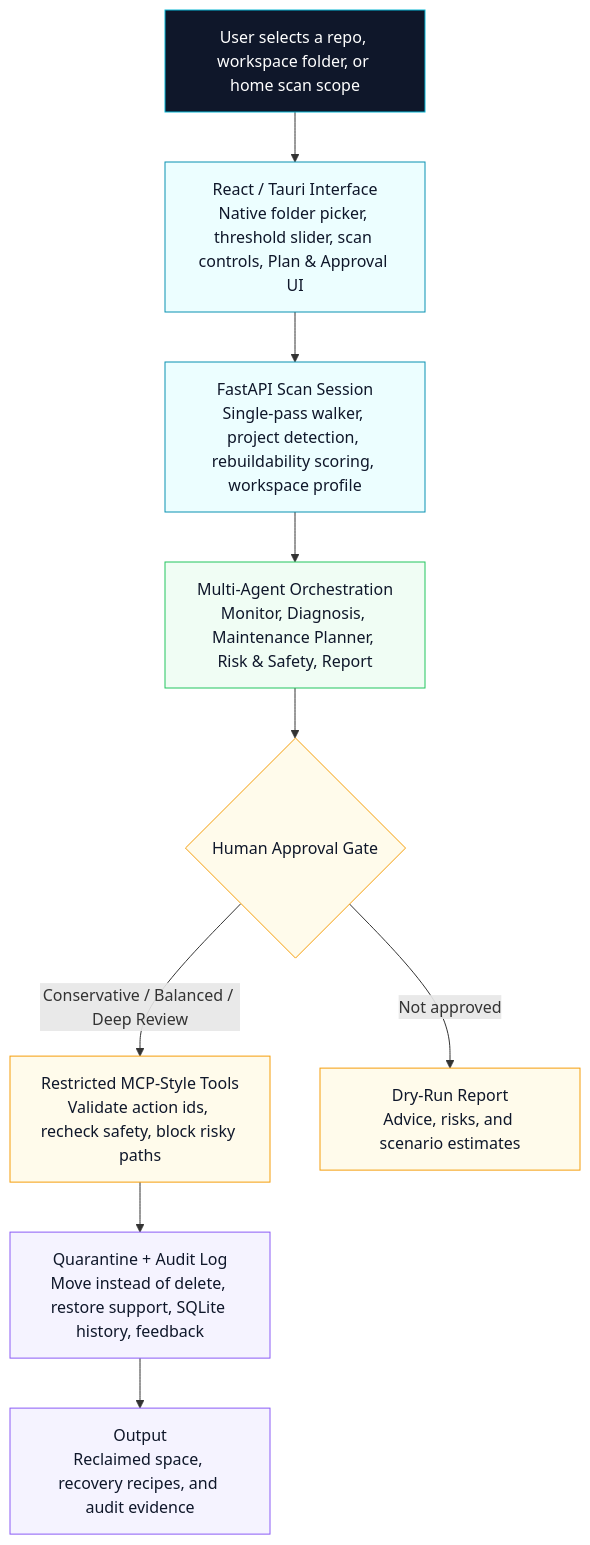
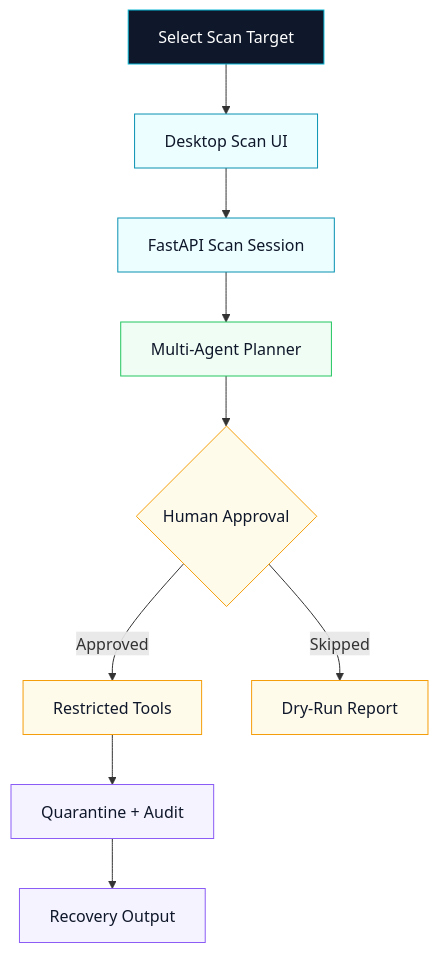
The diagram in README.md (omerfarooq223/ospilot-agent), drawn with Mermaid before and after one commit. The commit also changed other lines of this file and 1 other file, not shown here.

Commit message:
chore: ignore output directory and update project documentation and readme links

````diff
--- a/README.md
+++ b/README.md
@@ -44,23 +44,23 @@
 ```mermaid
 flowchart TD
-    A["User selects a repo, workspace folder, or home scan scope"] --> B["React / Tauri Interface<br/>Native folder picker, threshold slider, scan controls, Plan & Approval UI"]
-    B --> C["FastAPI Scan Session<br/>Single-pass walker, project detection, rebuildability scoring, workspace profile"]
-    C --> D["Multi-Agent Orchestration<br/>Monitor, Diagnosis, Maintenance Planner, Risk & Safety, Report"]
-    D --> E{"Human Approval Gate"}
-    E -->|"Conservative / Balanced / Deep Review"| F["Restricted MCP-Style Tools<br/>Validate action ids, recheck safety, block risky paths"]
-    E -->|"Not approved"| G["Dry-Run Report<br/>Advice, risks, and scenario estimates"]
-    F --> H["Quarantine + Audit Log<br/>Move instead of delete, restore support, SQLite history, feedback"]
-    H --> I["Output<br/>Reclaimed space, recovery recipes, and audit evidence"]
+    A["Select Scan Target"] --> B["Desktop Scan UI"]
+    B --> C["FastAPI Scan Session"]
+    C --> D["Multi-Agent Planner"]
+    D --> E{"Human Approval"}
+    E -->|Approved| F["Restricted Tools"]
+    E -->|Skipped| G["Dry-Run Report"]
+    F --> H["Quarantine + Audit"]
+    H --> I["Recovery Output"]
 
     classDef user fill:#0f172a,stroke:#06b6d4,color:#ffffff;
     classDef app fill:#ecfeff,stroke:#0891b2,color:#0f172a;
     classDef agent fill:#f0fdf4,stroke:#22c55e,color:#0f172a;
     classDef safety fill:#fffbeb,stroke:#f59e0b,color:#0f172a;
     classDef output fill:#f5f3ff,stroke:#8b5cf6,color:#0f172a;
 
     class A user;
     class B,C app;
     class D agent;
     class E,F,G safety;
     class H,I output;
 ```
````
